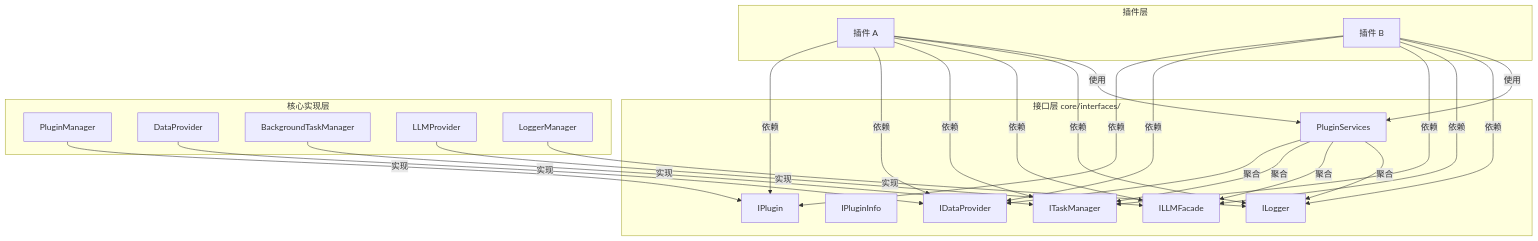
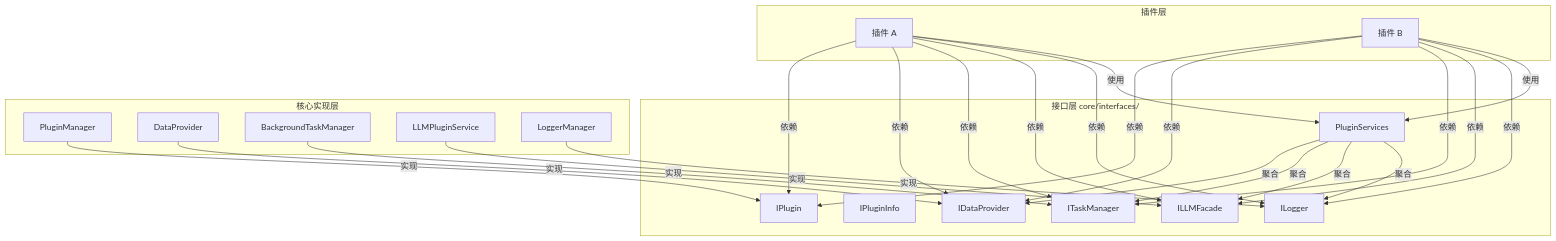
One commit to KKPIP-Tech/InstructionX changed the diagram in docs/core/interfaces/overview.md. Above: the diagram before and after it, drawn with Mermaid. The commit also changed other lines of this file and 7 other files, not shown here.

````diff
--- a/docs/core/interfaces/overview.md
+++ b/docs/core/interfaces/overview.md
@@ -20,49 +20,49 @@
 ```mermaid
 graph TB
     subgraph Plugin [插件层]
         A[插件 A]
         B[插件 B]
     end
 
     subgraph Interfaces [接口层 core/interfaces/]
         I1[IPlugin]
         I2[IPluginInfo]
         I3[IDataProvider]
         I4[ITaskManager]
         I5[ILLMFacade]
         I6[ILogger]
         I7[PluginServices]
     end
 
     subgraph CoreImpl [核心实现层]
         C1[PluginManager]
         C2[DataProvider]
         C3[BackgroundTaskManager]
-        C4[LLMProvider]
+        C4[LLMPluginService]
         C5[LoggerManager]
     end
 
     A -->|依赖| I1
     A -->|依赖| I3
     A -->|依赖| I4
     A -->|依赖| I5
     A -->|依赖| I6
     A -->|使用| I7
 
     B -->|依赖| I1
     B -->|依赖| I3
     B -->|依赖| I4
     B -->|依赖| I5
     B -->|依赖| I6
     B -->|使用| I7
 
     C1 -->|实现| I1
     C2 -->|实现| I3
     C3 -->|实现| I4
     C4 -->|实现| I5
     C5 -->|实现| I6
     I7 -->|聚合| I3
     I7 -->|聚合| I4
     I7 -->|聚合| I5
     I7 -->|聚合| I6
 ```
````
